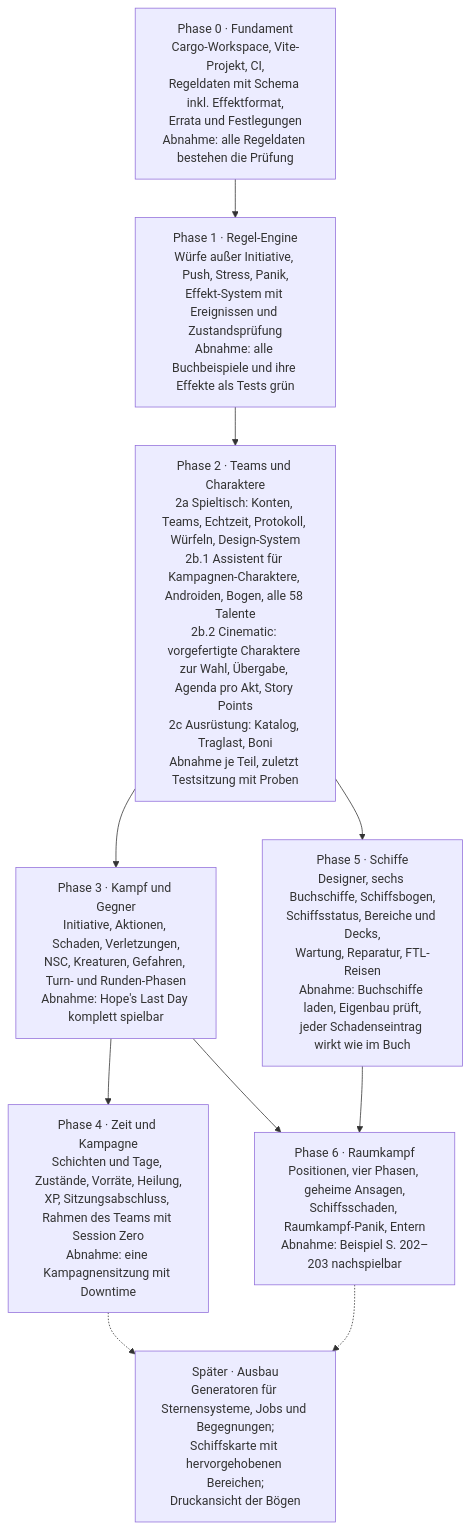
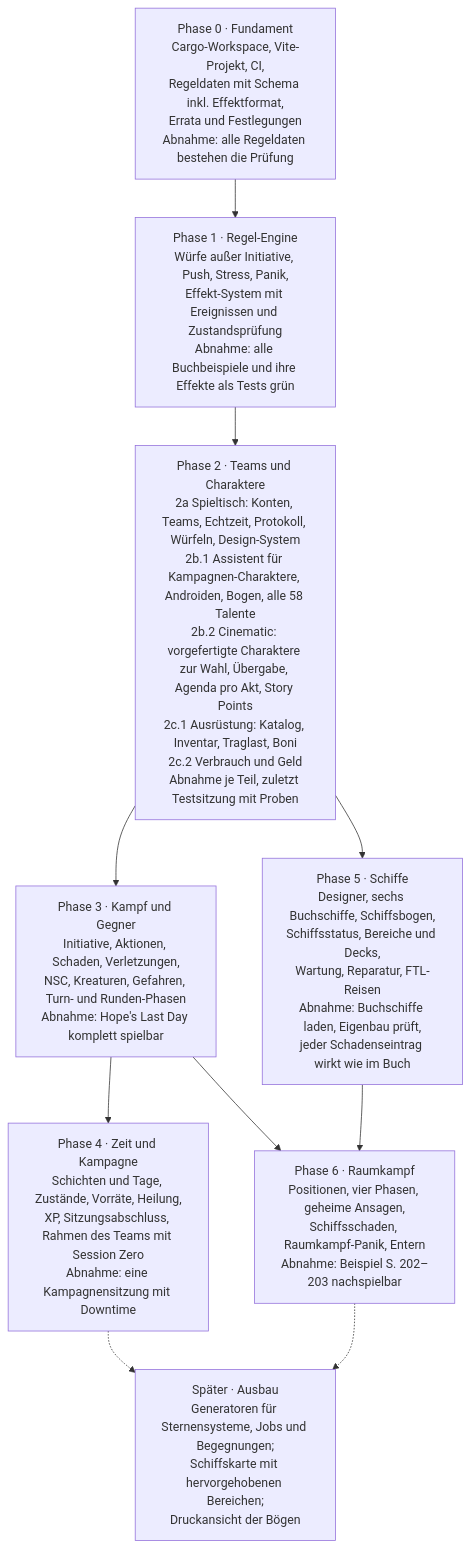
The third of 3 diagrams in docs/PLAN.md (peddn/xenoforge), drawn with Mermaid before and after one commit. The commit also changed other lines of this file and 4 other files, not shown here.

First line of the commit message:
Plan 2c.1: Festlegungen F-59 bis F-66 zur Ausrüstung

````diff
--- a/docs/PLAN.md
+++ b/docs/PLAN.md
@@ -758,16 +758,16 @@
 ```mermaid
 flowchart TD
     p0["Phase 0 · Fundament<br/>Cargo-Workspace, Vite-Projekt, CI,<br/>Regeldaten mit Schema inkl. Effektformat,<br/>Errata und Festlegungen<br/>Abnahme: alle Regeldaten bestehen die Prüfung"]
     p1["Phase 1 · Regel-Engine<br/>Würfe außer Initiative, Push, Stress, Panik,<br/>Effekt-System mit Ereignissen und Zustandsprüfung<br/>Abnahme: alle Buchbeispiele und ihre Effekte als Tests grün"]
-    p2["Phase 2 · Teams und Charaktere<br/>2a Spieltisch: Konten, Teams, Echtzeit, Protokoll, Würfeln, Design-System<br/>2b.1 Assistent für Kampagnen-Charaktere, Androiden, Bogen, alle 58 Talente<br/>2b.2 Cinematic: vorgefertigte Charaktere zur Wahl, Übergabe, Agenda pro Akt, Story Points<br/>2c Ausrüstung: Katalog, Traglast, Boni<br/>Abnahme je Teil, zuletzt Testsitzung mit Proben"]
+    p2["Phase 2 · Teams und Charaktere<br/>2a Spieltisch: Konten, Teams, Echtzeit, Protokoll, Würfeln, Design-System<br/>2b.1 Assistent für Kampagnen-Charaktere, Androiden, Bogen, alle 58 Talente<br/>2b.2 Cinematic: vorgefertigte Charaktere zur Wahl, Übergabe, Agenda pro Akt, Story Points<br/>2c.1 Ausrüstung: Katalog, Inventar, Traglast, Boni<br/>2c.2 Verbrauch und Geld<br/>Abnahme je Teil, zuletzt Testsitzung mit Proben"]
     p3["Phase 3 · Kampf und Gegner<br/>Initiative, Aktionen, Schaden, Verletzungen,<br/>NSC, Kreaturen, Gefahren, Turn- und Runden-Phasen<br/>Abnahme: Hope's Last Day komplett spielbar"]
     p4["Phase 4 · Zeit und Kampagne<br/>Schichten und Tage, Zustände, Vorräte, Heilung,<br/>XP, Sitzungsabschluss, Rahmen des Teams mit Session Zero<br/>Abnahme: eine Kampagnensitzung mit Downtime"]
     p5["Phase 5 · Schiffe<br/>Designer, sechs Buchschiffe, Schiffsbogen,<br/>Schiffsstatus, Bereiche und Decks,<br/>Wartung, Reparatur, FTL-Reisen<br/>Abnahme: Buchschiffe laden, Eigenbau prüft,<br/>jeder Schadenseintrag wirkt wie im Buch"]
     p6["Phase 6 · Raumkampf<br/>Positionen, vier Phasen, geheime Ansagen,<br/>Schiffsschaden, Raumkampf-Panik, Entern<br/>Abnahme: Beispiel S. 202–203 nachspielbar"]
     p7["Später · Ausbau<br/>Generatoren für Sternensysteme, Jobs und Begegnungen;<br/>Schiffskarte mit hervorgehobenen Bereichen;<br/>Druckansicht der Bögen"]
     p0 --> p1 --> p2 --> p3 --> p4
     p2 --> p5 --> p6
     p3 --> p6
     p4 -.-> p7
     p6 -.-> p7
 ```
````
